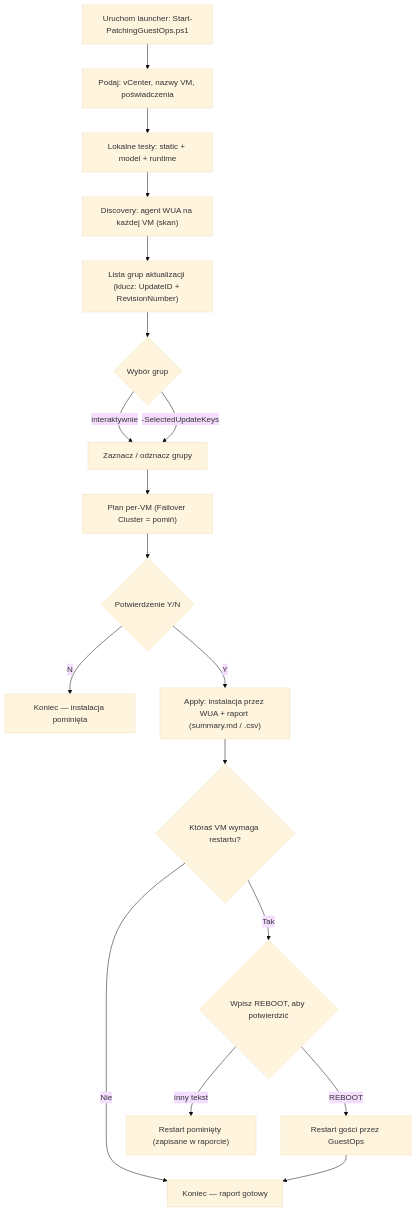
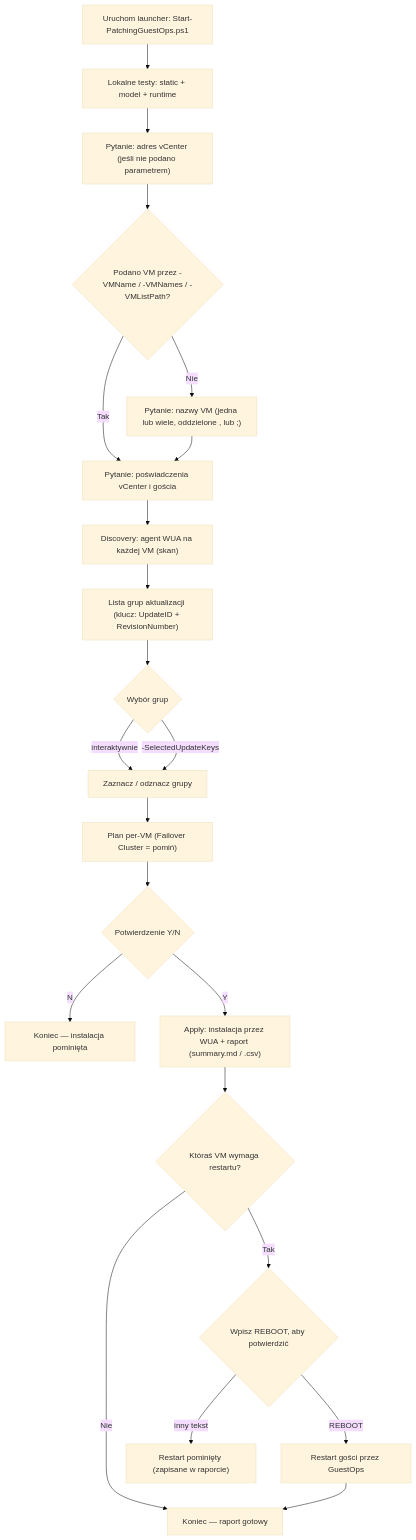
The first of 2 diagrams in README.md (Konuz/Patching-automation), drawn with Mermaid (base theme) before and after one commit. The commit also changed other lines of this file, not shown here.

First line of the commit message:
Clarify VM-name prompt timing, vms.txt path, and out/ location in README

````diff
--- a/README.md
+++ b/README.md
@@ -90,20 +94,24 @@
 ```mermaid
 flowchart TD
-    A["Uruchom launcher: Start-PatchingGuestOps.ps1"] --> B["Podaj: vCenter, nazwy VM, poświadczenia"]
-    B --> C["Lokalne testy: static + model + runtime"]
-    C --> D["Discovery: agent WUA na każdej VM (skan)"]
+    A["Uruchom launcher: Start-PatchingGuestOps.ps1"] --> C["Lokalne testy: static + model + runtime"]
+    C --> V["Pytanie: adres vCenter (jeśli nie podano parametrem)"]
+    V --> Q{"Podano VM przez -VMName / -VMNames / -VMListPath?"}
+    Q -->|"Tak"| CR["Pytanie: poświadczenia vCenter i gościa"]
+    Q -->|"Nie"| ASK["Pytanie: nazwy VM (jedna lub wiele, oddzielone , lub ;)"]
+    ASK --> CR
+    CR --> D["Discovery: agent WUA na każdej VM (skan)"]
     D --> E["Lista grup aktualizacji (klucz: UpdateID + RevisionNumber)"]
     E --> F{"Wybór grup"}
     F -->|"interaktywnie"| G["Zaznacz / odznacz grupy"]
     F -->|"-SelectedUpdateKeys"| G
     G --> H["Plan per-VM (Failover Cluster = pomiń)"]
     H --> I{"Potwierdzenie Y/N"}
     I -->|"N"| Z["Koniec — instalacja pominięta"]
     I -->|"Y"| J["Apply: instalacja przez WUA + raport (summary.md / .csv)"]
     J --> K{"Któraś VM wymaga restartu?"}
     K -->|"Nie"| ZZ["Koniec — raport gotowy"]
     K -->|"Tak"| L{"Wpisz REBOOT, aby potwierdzić"}
     L -->|"inny tekst"| ZR["Restart pominięty (zapisane w raporcie)"]
     L -->|"REBOOT"| M["Restart gości przez GuestOps"]
     M --> ZZ
 ```
````
